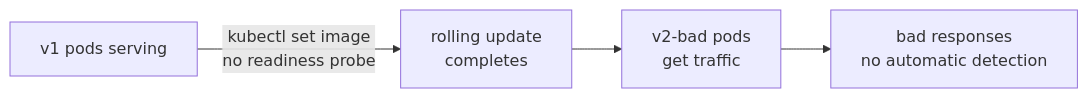
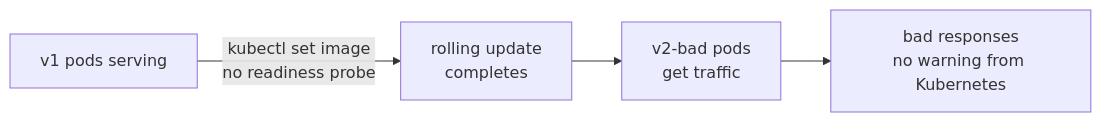
One commit to arun-gupta/the-pain-first-way changed the fourth of 5 diagrams in pains/09-cant-roll-back.md. Above: the diagram before and after it, drawn with Mermaid. The commit also changed other lines of this file, not shown here.

First line of the commit message:
docs(pain9): restructure pattern section as 5-stage progression with diagrams

````diff
--- a/pains/09-cant-roll-back.md
+++ b/pains/09-cant-roll-back.md
@@ -13,6 +63,6 @@
 ```mermaid
 graph LR
     V1["v1 pods serving"] -->|"kubectl set image\nno readiness probe"| R["rolling update\ncompletes"]
     R --> B["v2-bad pods\nget traffic"]
-    B --> D["bad responses\nno automatic detection"]
+    B --> D["bad responses\nno warning from Kubernetes"]
 ```
````
